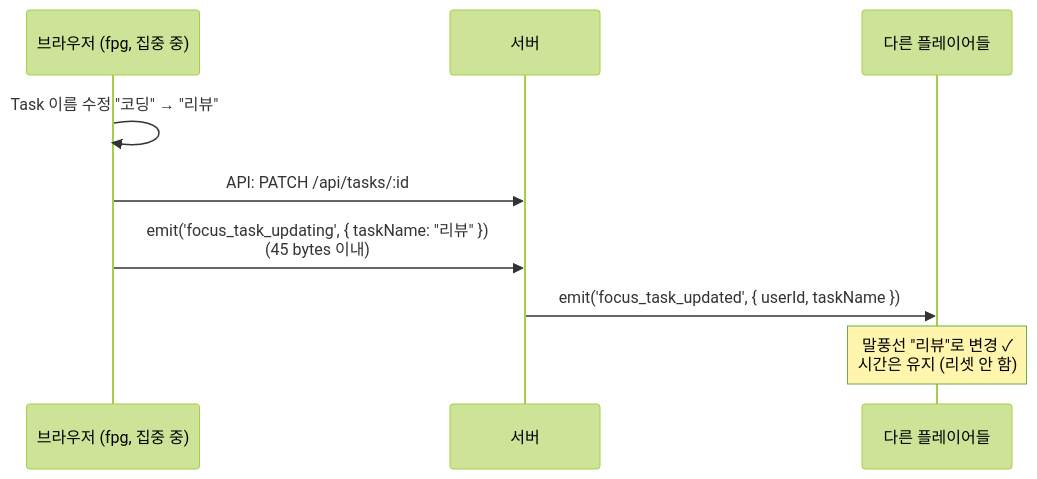
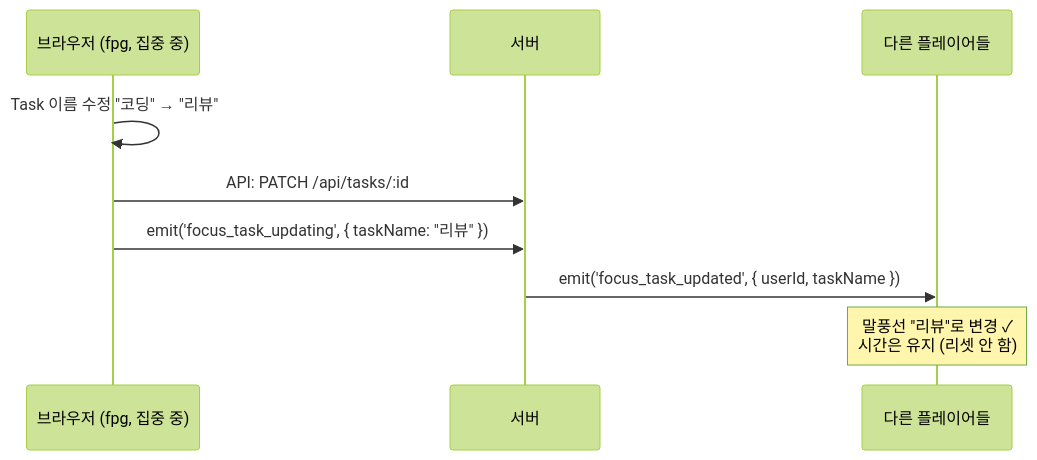
Before and after one commit to boostcampwm2025/web19-estrogenquattro: the eighth of 8 diagrams in docs/features/FOCUS_TIME.md, drawn with Mermaid (forest theme). The commit also changed other lines of this file and 79 other files, not shown here.

````diff
--- a/docs/features/FOCUS_TIME.md
+++ b/docs/features/FOCUS_TIME.md
@@ -207,14 +192,14 @@
 ```mermaid
 sequenceDiagram
     participant Browser as 브라우저 (fpg, 집중 중)
     participant Server as 서버
     participant Others as 다른 플레이어들
 
     Browser->>Browser: Task 이름 수정 "코딩" → "리뷰"
     Browser->>Server: API: PATCH /api/tasks/:id
-    Browser->>Server: emit('focus_task_updating', { taskName: "리뷰" })<br/>(45 bytes 이내)
+    Browser->>Server: emit('focus_task_updating', { taskName: "리뷰" })
 
     Server->>Others: emit('focus_task_updated', { userId, taskName })
 
     Note over Others: 말풍선 "리뷰"로 변경 ✓<br/>시간은 유지 (리셋 안 함)
 ```
````
